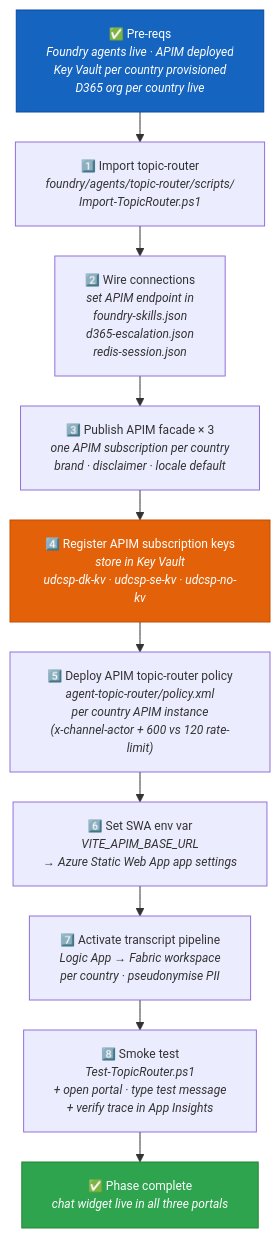
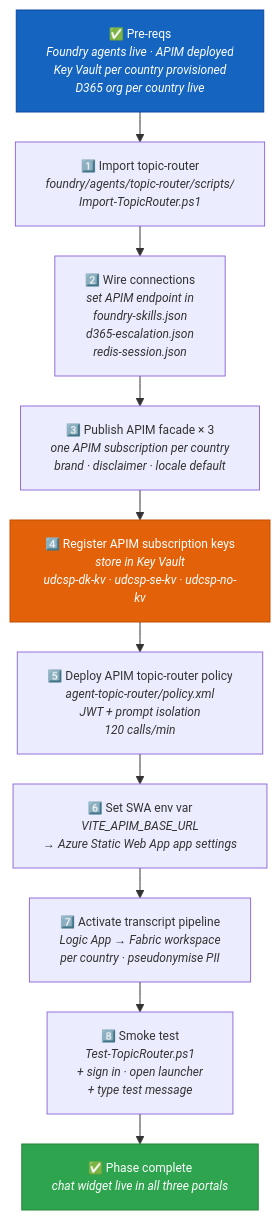
Before and after one commit to fredgis/UDCSP: the fourth of 4 diagrams in docs/biz/chat.md, drawn with Mermaid. The commit also changed other lines of this file and 105 other files, not shown here.

````diff
--- a/docs/biz/chat.md
+++ b/docs/biz/chat.md
@@ -564,20 +564,20 @@
 ```mermaid
 %%{ init: { 'flowchart': { 'nodeSpacing': 25, 'rankSpacing': 30 }, 'themeVariables': { 'fontSize': '12px' } } }%%
 flowchart TB
     P0["✅ Pre-reqs<br/><i>Foundry agents live · APIM deployed<br/>Key Vault per country provisioned<br/>D365 org per country live</i>"]
     P1["1️⃣ Import topic-router<br/><i>foundry/agents/topic-router/scripts/<br/>Import-TopicRouter.ps1</i>"]
     P2["2️⃣ Wire connections<br/><i>set APIM endpoint in<br/>foundry-skills.json<br/>d365-escalation.json<br/>redis-session.json</i>"]
     P3["3️⃣ Publish APIM facade × 3<br/><i>one APIM subscription per country<br/>brand · disclaimer · locale default</i>"]
     P4["4️⃣ Register APIM subscription keys<br/><i>store in Key Vault<br/>udcsp-dk-kv · udcsp-se-kv · udcsp-no-kv</i>"]
-    P5["5️⃣ Deploy APIM topic-router policy<br/><i>agent-topic-router/policy.xml<br/>per country APIM instance<br/>(x-channel-actor + 600 vs 120 rate-limit)</i>"]
+    P5["5️⃣ Deploy APIM topic-router policy<br/><i>agent-topic-router/policy.xml<br/>JWT + prompt isolation<br/>120 calls/min</i>"]
     P6["6️⃣ Set SWA env var<br/><i>VITE_APIM_BASE_URL<br/>→ Azure Static Web App app settings</i>"]
     P7["7️⃣ Activate transcript pipeline<br/><i>Logic App → Fabric workspace<br/>per country · pseudonymise PII</i>"]
-    P8["8️⃣ Smoke test<br/><i>Test-TopicRouter.ps1<br/>+ open portal · type test message<br/>+ verify trace in App Insights</i>"]
+    P8["8️⃣ Smoke test<br/><i>Test-TopicRouter.ps1<br/>+ sign in · open launcher<br/>+ type test message</i>"]
     P9["✅ Phase complete<br/><i>chat widget live in all three portals</i>"]
 
     P0 --> P1 --> P2 --> P3 --> P4 --> P5 --> P6 --> P7 --> P8 --> P9
 
     style P0 fill:#1565c0,stroke:#0d47a1,color:#fff
     style P9 fill:#2ea44f,stroke:#238636,color:#fff
     style P4 fill:#e36209,stroke:#c24e00,color:#fff
 ```
````
